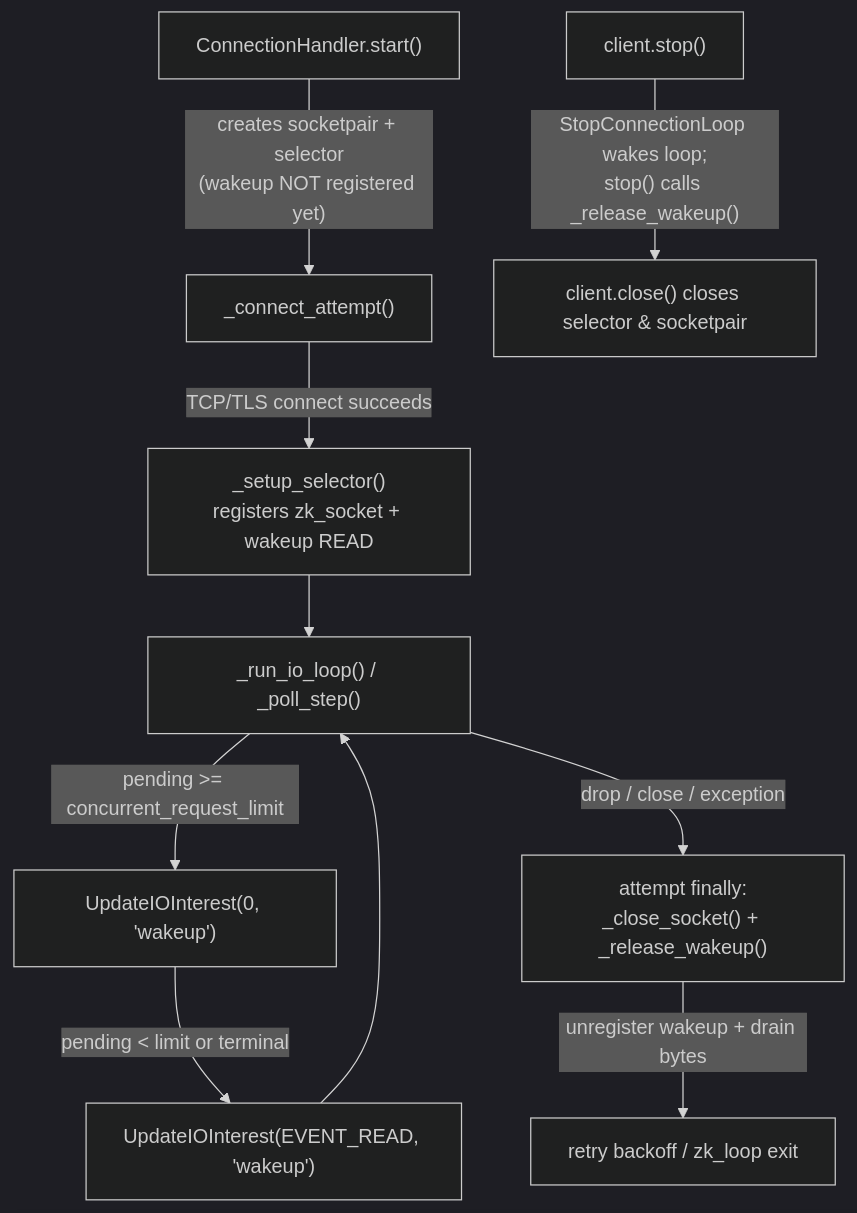
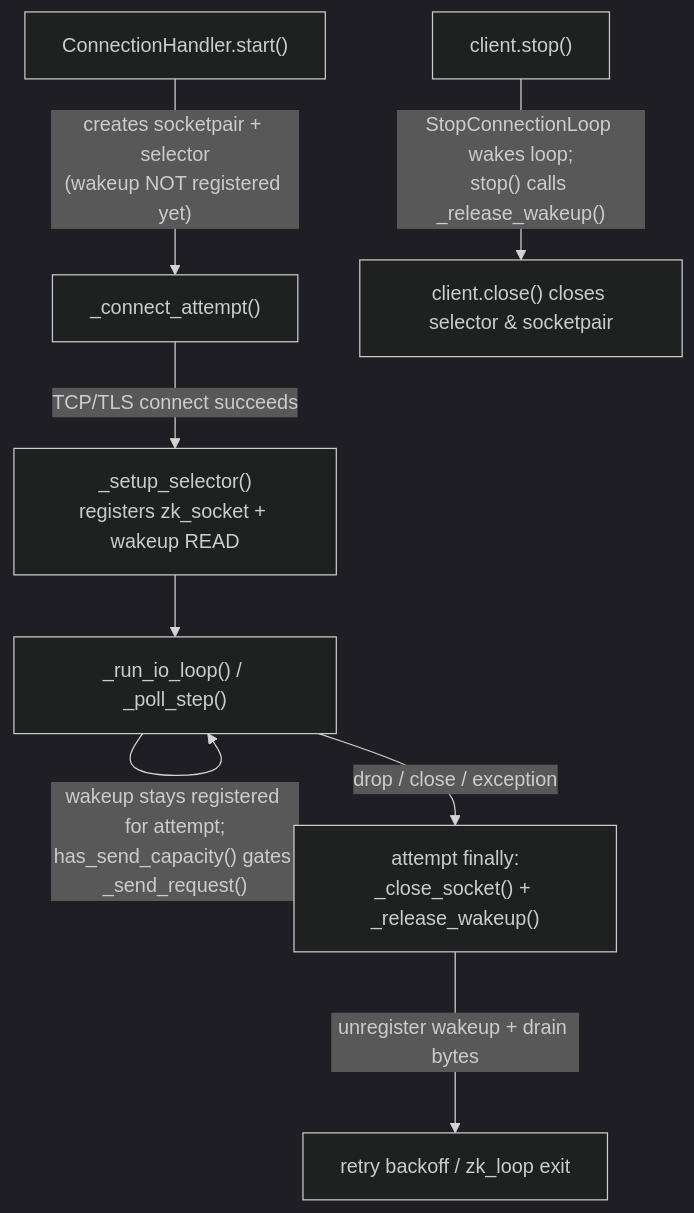
Before and after one commit to ceache/kazoo: the third of 4 diagrams in DESIGN.md, drawn with Mermaid (dark theme). The commit also changed other lines of this file and 2 other files, not shown here.

First line of the commit message:
fixup! docs: document Sans-I/O state machine, FrameDecoder architecture, and release notes

````diff
--- a/DESIGN.md
+++ b/DESIGN.md
@@ -169,12 +173,10 @@
 ```mermaid
 flowchart TD
     Start["ConnectionHandler.start()"] -->|"creates socketpair + selector<br/>(wakeup NOT registered yet)"| Attempt["_connect_attempt()"]
     Attempt -->|"TCP/TLS connect succeeds"| Setup["_setup_selector()<br/>registers zk_socket + wakeup READ"]
     Setup --> Loop["_run_io_loop() / _poll_step()"]
-    Loop -->|"pending >= concurrent_request_limit"| MaskOff["UpdateIOInterest(0, 'wakeup')"]
-    MaskOff -->|"pending < limit or terminal"| MaskOn["UpdateIOInterest(EVENT_READ, 'wakeup')"]
-    MaskOn --> Loop
+    Loop -->|"wakeup stays registered for attempt;<br/>has_send_capacity() gates _send_request()"| Loop
     Loop -->|"drop / close / exception"| Finally["attempt finally:<br/>_close_socket() + _release_wakeup()"]
     Finally -->|"unregister wakeup + drain bytes"| Backoff["retry backoff / zk_loop exit"]
     Stop["client.stop()"] -->|"StopConnectionLoop wakes loop;<br/>stop() calls _release_wakeup()"| Close["client.close() closes selector & socketpair"]
 ```
````
